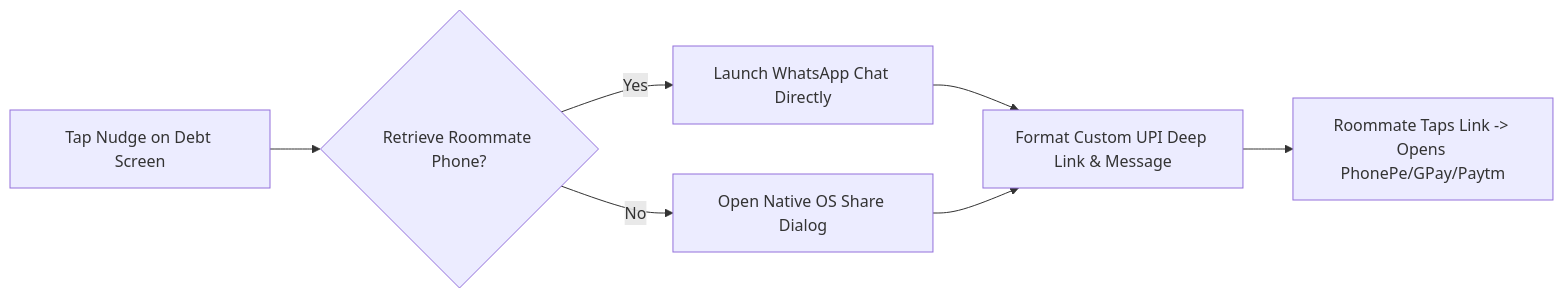
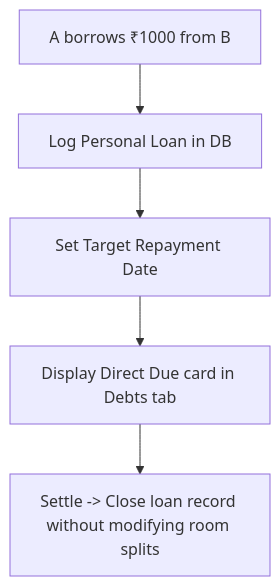
The third of 5 diagrams in plan.md (manish-12ys/roomledger), drawn with Mermaid before and after one commit. The commit also changed other lines of this file and 20 other files, not shown here.

Commit message:
feat: implement splash screen and update app launch configurations

````diff
--- a/plan.md
+++ b/plan.md
@@ -86,8 +81,7 @@
 ```mermaid
-graph LR
-    A[Tap Nudge on Debt Screen] --> B{Retrieve Roommate Phone?}
-    B -- Yes --> C[Launch WhatsApp Chat Directly]
-    B -- No --> D[Open Native OS Share Dialog]
-    C & D --> E[Format Custom UPI Deep Link & Message]
-    E --> F[Roommate Taps Link -> Opens PhonePe/GPay/Paytm]
+graph TD
+    A[A borrows ₹1000 from B] --> B[Log Personal Loan in DB]
+    B --> C[Set Target Repayment Date]
+    C --> D[Display Direct Due card in Debts tab]
+    D --> E[Settle -> Close loan record without modifying room splits]
 ```
````
